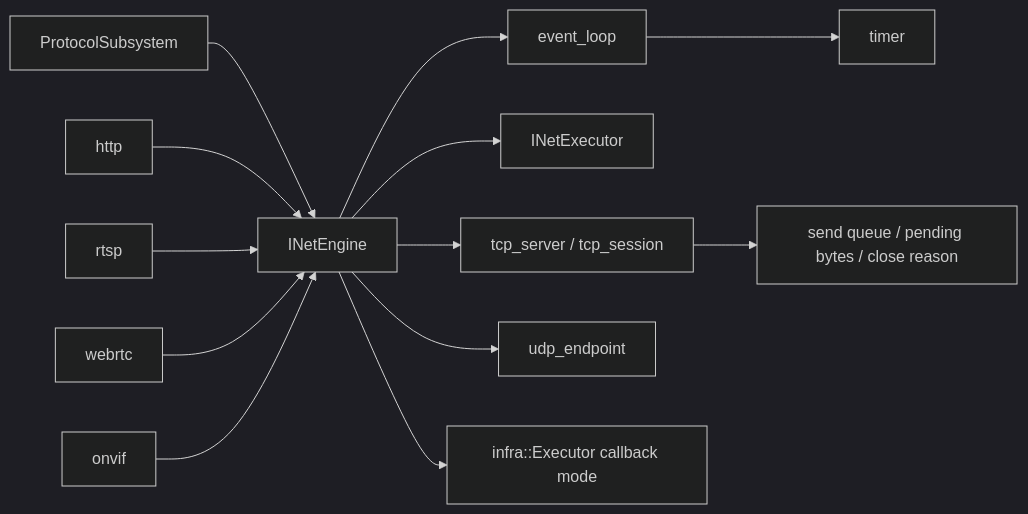
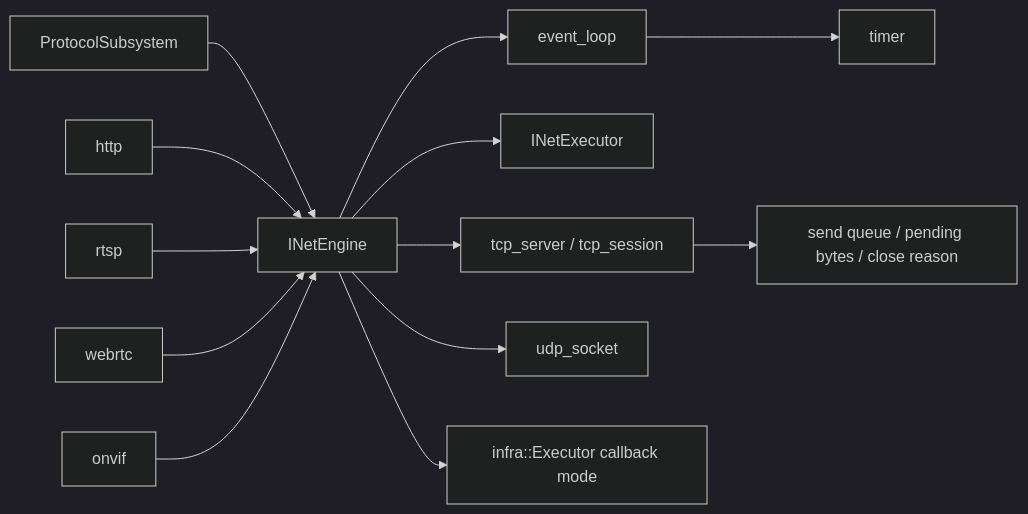
One commit to 373699756/live_stream changed the diagram in docs/libs/net.md. Above: the diagram before and after it, drawn with Mermaid (dark theme). The commit also changed other lines of this file and 14 other files, not shown here.

````diff
--- a/docs/libs/net.md
+++ b/docs/libs/net.md
@@ -15,15 +15,15 @@
 ```mermaid
 flowchart LR
   Protocol[ProtocolSubsystem] --> Net[INetEngine]
   Net --> Loop[event_loop]
   Loop --> Timer[timer]
   Net --> NetExec[INetExecutor]
   Net --> TCP[tcp_server / tcp_session]
-  Net --> UDP[udp_endpoint]
+  Net --> UDP[udp_socket]
   TCP --> Queue[send queue / pending bytes / close reason]
   Net --> CallbackExec[infra::Executor callback mode]
   HTTP[http] --> Net
   RTSP[rtsp] --> Net
   WebRTC[webrtc] --> Net
   ONVIF[onvif] --> Net
 ```
````
